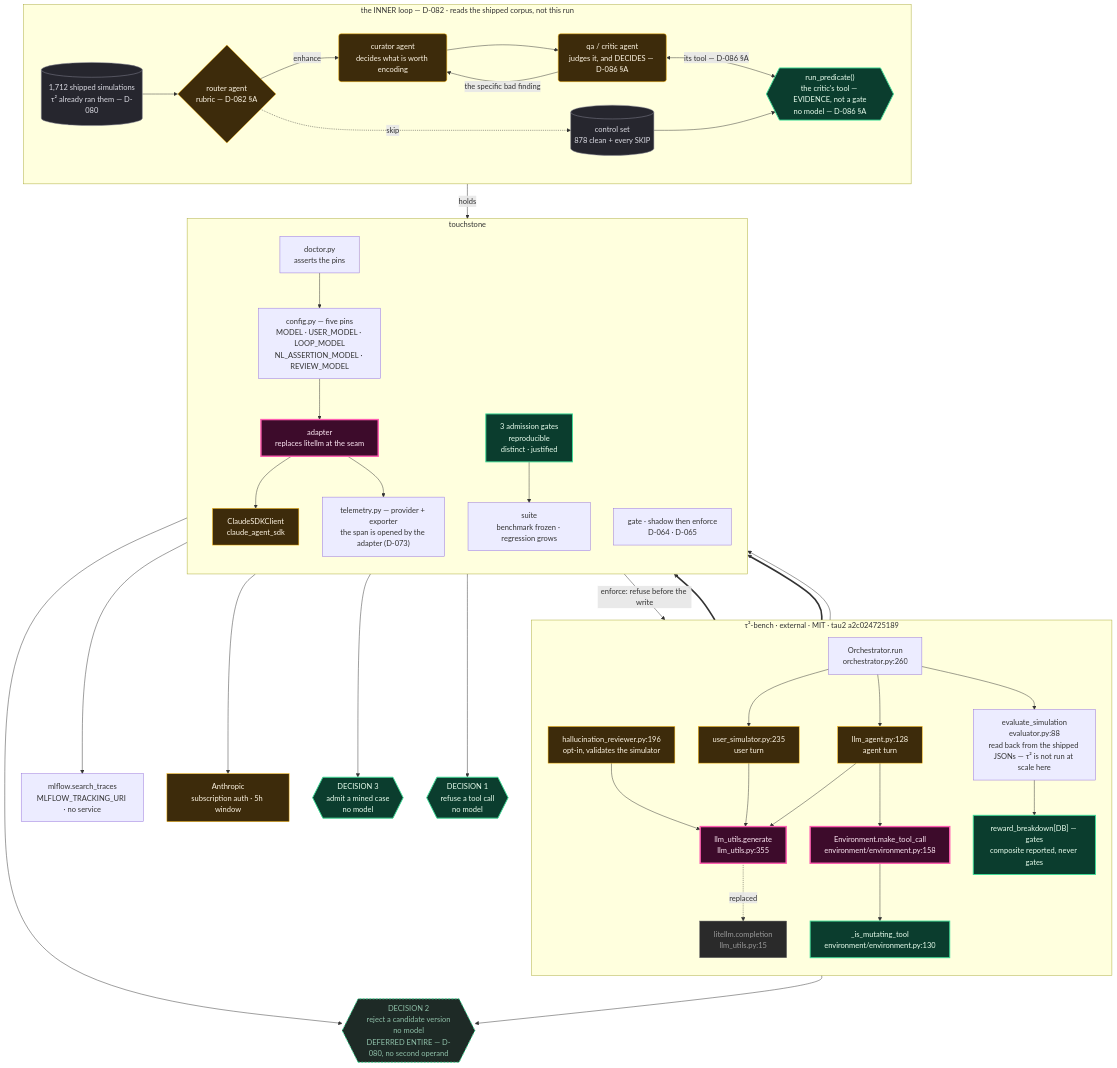
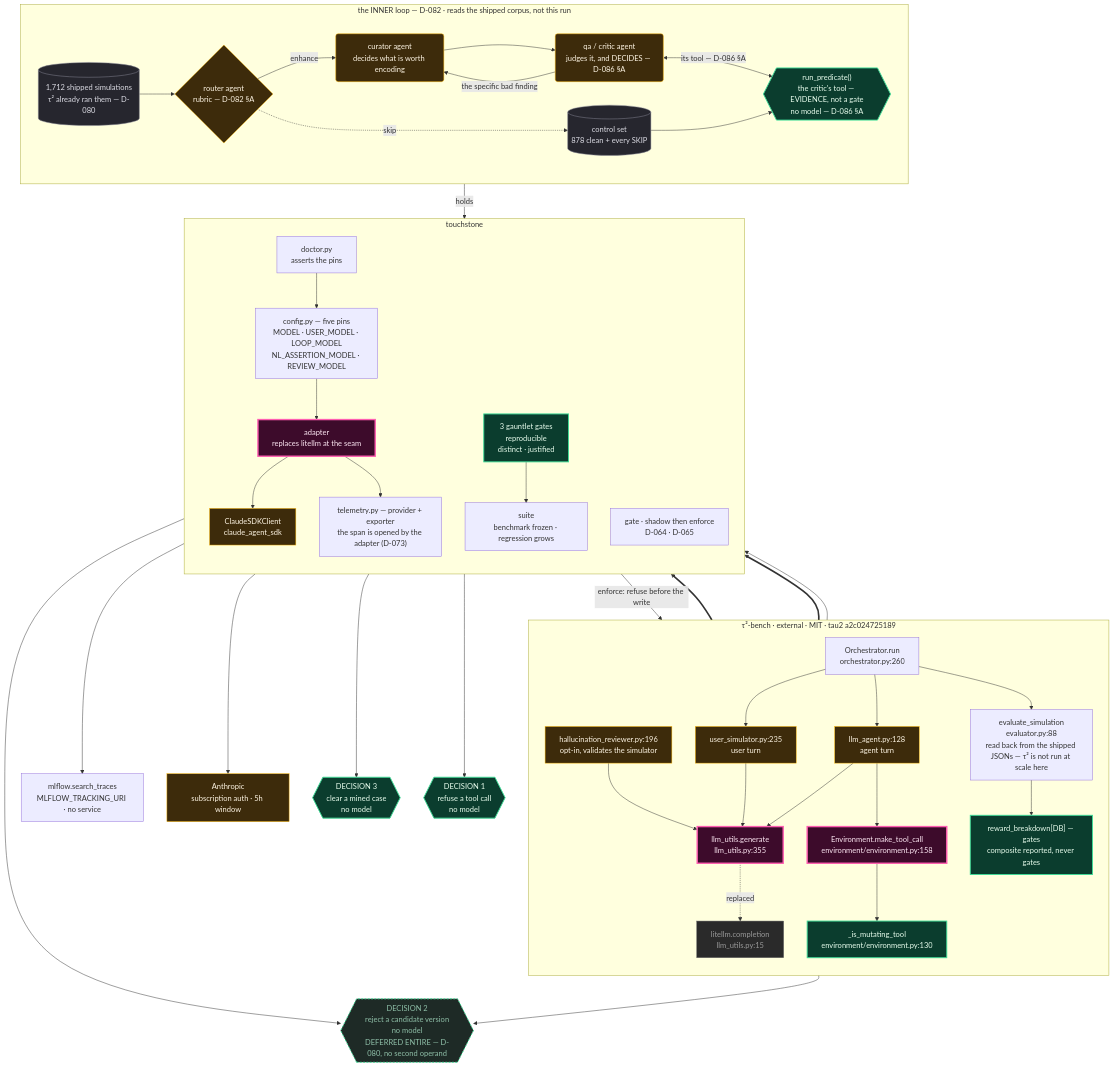
The diagram in diagrams/phase1.mmd (sandeepyadav1478/touchstone), drawn with Mermaid before and after one commit. The commit also changed 12 other files, not shown here.

```diff
--- a/diagrams/phase1.mmd
+++ b/diagrams/phase1.mmd
@@ -1,99 +1,99 @@
 %% touchstone phase 1 — the adapter, the enforcement point, and the three decisions
 %% Every node names a real symbol: touchstone, or tau2-bench — tau2 at commit a2c024725189 (MIT). D-068.
 flowchart TB
 
   subgraph TAU2["τ²-bench · external · MIT · tau2 a2c024725189"]
     direction TB
     RUN["Orchestrator.run<br/>orchestrator.py:260"]
     AGENT["llm_agent.py:128<br/>agent turn"]
     USER["user_simulator.py:235<br/>user turn"]
     REVIEW["hallucination_reviewer.py:196<br/>opt-in, validates the simulator"]
     GEN["llm_utils.generate<br/>llm_utils.py:355"]
     LITE["litellm.completion<br/>llm_utils.py:15"]
     ENVC["Environment.make_tool_call<br/>environment/environment.py:158"]
     MUT["_is_mutating_tool<br/>environment/environment.py:130"]
     EVAL["evaluate_simulation<br/>evaluator.py:88<br/>read back from the shipped JSONs — τ² is not run at scale here"]
     REW["reward_breakdown[DB] — gates<br/>composite reported, never gates"]
   end
 
   subgraph TS["touchstone"]
     direction TB
     ADP["adapter<br/>replaces litellm at the seam"]
     SDK["ClaudeSDKClient<br/>claude_agent_sdk"]
     CFG["config.py — five pins<br/>MODEL · USER_MODEL · LOOP_MODEL<br/>NL_ASSERTION_MODEL · REVIEW_MODEL"]
     GATE["gate · shadow then enforce<br/>D-064 · D-065"]
     TEL["telemetry.py — provider + exporter<br/>the span is opened by the adapter (D-073)"]
     SUITE["suite<br/>benchmark frozen · regression grows"]
-    ADMIT["3 admission gates<br/>reproducible<br/>distinct · justified"]
+    GAUNTLET["3 gauntlet gates<br/>reproducible<br/>distinct · justified"]
     DOC["doctor.py<br/>asserts the pins"]
   end
 
   MLF["mlflow.search_traces<br/>MLFLOW_TRACKING_URI · no service"]
   ANTH["Anthropic<br/>subscription auth · 5h window"]
 
   subgraph MINE["the INNER loop — D-082 · reads the shipped corpus, not this run"]
     direction LR
     CORPUS[("1,712 shipped simulations<br/>τ² already ran them — D-080")]
     ROUTER{"router agent<br/>rubric — D-082 §A"}
     CURATOR("curator agent<br/>decides what is worth encoding")
     CRITIC("qa / critic agent<br/>judges it, and DECIDES — D-086 §A")
     PRED{{"run_predicate()<br/>the critic's tool — EVIDENCE, not a gate<br/>no model — D-086 §A"}}
     CTRL[("control set<br/>878 clean + every SKIP")]
     CORPUS --> ROUTER
     ROUTER -- "enhance" --> CURATOR
     ROUTER -. "skip" .-> CTRL
     CURATOR --> CRITIC
     CRITIC <-- "its tool — D-086 §A" --> PRED
     CRITIC -- "the specific bad finding" --> CURATOR
     CTRL --> PRED
   end
 
   RUN --> AGENT
   RUN --> USER
   AGENT --> GEN
   USER --> GEN
   REVIEW --> GEN
 
   GEN -. "replaced" .-> LITE
   GEN ==> ADP
   ADP --> SDK --> ANTH
   CFG --> ADP
   DOC --> CFG
 
   AGENT --> ENVC
   ENVC --> MUT
   ENVC ==> GATE
   GATE -- "enforce: refuse before the write" --> ENVC
 
   RUN --> EVAL --> REW
 
   ADP --> TEL
   ENVC --> TEL
   TEL --> MLF
 
   REW --> D2
-  ADMIT --> D3
+  GAUNTLET --> D3
   GATE --> D1
-  PRED -- "holds" --> ADMIT
-  ADMIT --> SUITE
+  PRED -- "holds" --> GAUNTLET
+  GAUNTLET --> SUITE
   SUITE --> D2
 
   D1{{"DECISION 1<br/>refuse a tool call<br/>no model"}}
   D2{{"DECISION 2<br/>reject a candidate version<br/>no model<br/>DEFERRED ENTIRE — D-080, no second operand"}}
-  D3{{"DECISION 3<br/>admit a mined case<br/>no model"}}
+  D3{{"DECISION 3<br/>clear a mined case<br/>no model"}}
 
   classDef nomodel fill:#0b3d2e,stroke:#3ddc97,color:#eaffef,stroke-width:2px
   classDef model fill:#3d2b0b,stroke:#ffb703,color:#fff6e5
   classDef seam fill:#3d0b2b,stroke:#ff5db1,color:#ffe9f5,stroke-width:3px
   classDef dead fill:#2a2a2a,stroke:#666,color:#999
   classDef data fill:#26262e,stroke:#8a8a99,color:#dcdce4
   classDef deferred fill:#1e2a26,stroke:#3ddc97,stroke-dasharray:4 3,color:#8fbfa8
 
-  class D1,D2,D3,REW,ADMIT,MUT nomodel
+  class D1,D2,D3,REW,GAUNTLET,MUT nomodel
   class AGENT,USER,REVIEW,SDK,ANTH model
   class GEN,ADP,ENVC seam
   class CORPUS,CTRL data
   class ROUTER,CURATOR,CRITIC model
   class PRED nomodel
   class LITE dead
   class D2 deferred
```
